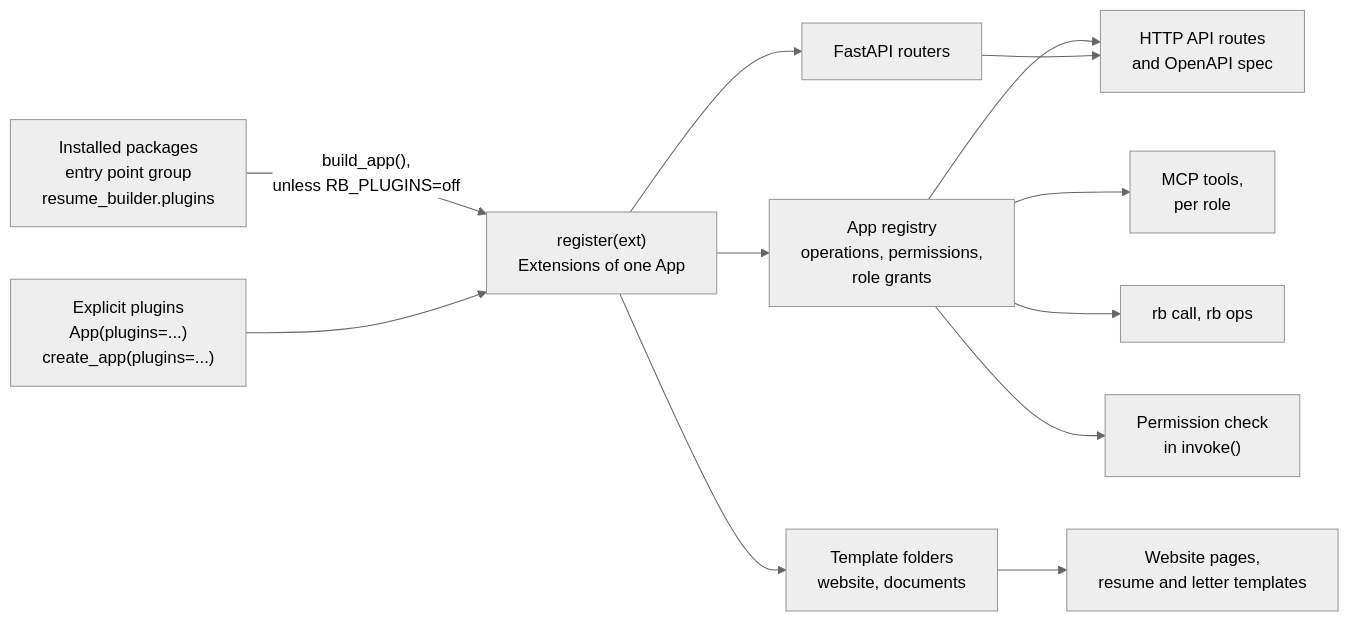
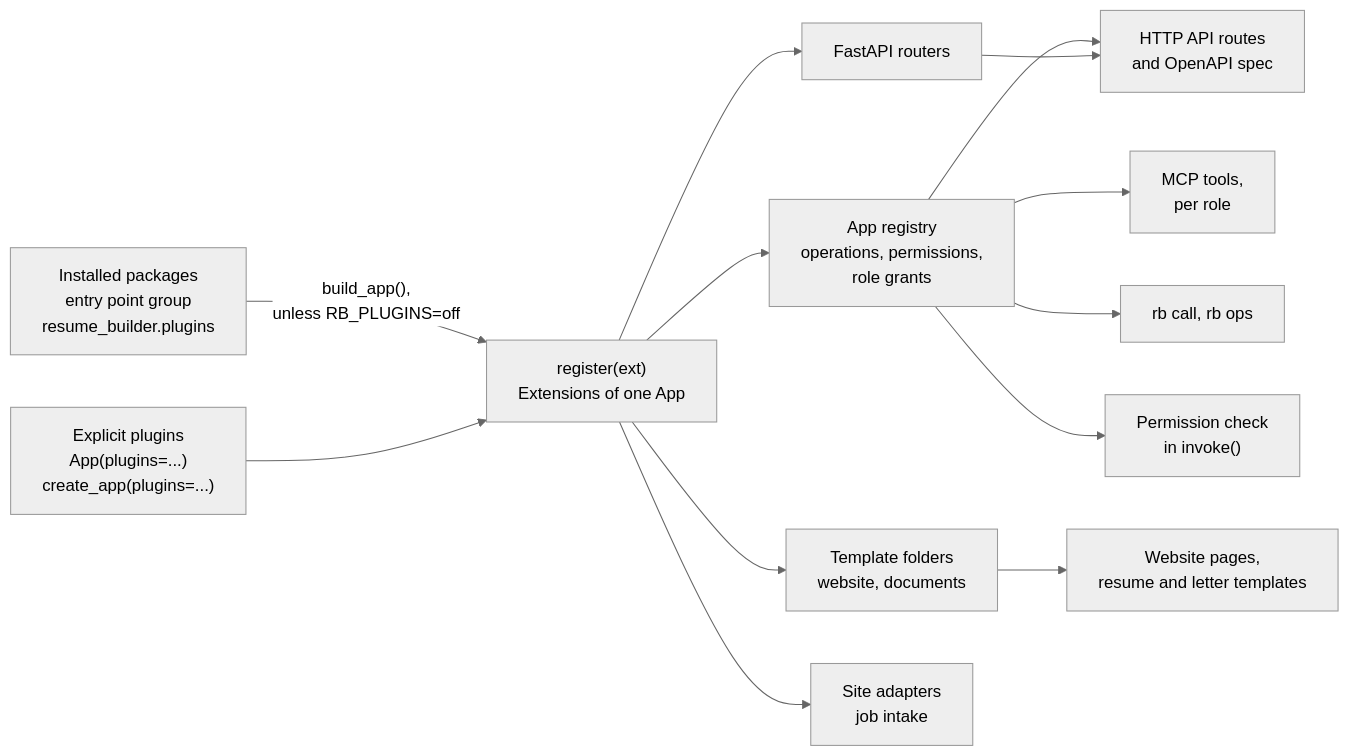
One commit to t3knoid/resume-builder changed the fourth of 4 diagrams in docs/ARCHITECTURE.md. Above: the diagram before and after it, drawn with Mermaid (neutral theme). The commit also changed other lines of this file and 7 other files, not shown here.

Commit message:
Implement issue 21 - Job intake: site adapter extension point

````diff
--- a/docs/ARCHITECTURE.md
+++ b/docs/ARCHITECTURE.md
@@ -228,15 +268,16 @@
 ```mermaid
 flowchart LR
     EP["Installed packages<br/>entry point group<br/>resume_builder.plugins"] -->|"build_app(),<br/>unless RB_PLUGINS=off"| EXT
     EX["Explicit plugins<br/>App(plugins=...)<br/>create_app(plugins=...)"] --> EXT
     EXT["register(ext)<br/>Extensions of one App"]
     EXT --> REG["App registry<br/>operations, permissions,<br/>role grants"]
     EXT --> RT["FastAPI routers"]
     EXT --> TD["Template folders<br/>website, documents"]
+    EXT --> SA["Site adapters<br/>job intake"]
     REG --> API["HTTP API routes<br/>and OpenAPI spec"]
     REG --> TOOLS["MCP tools,<br/>per role"]
     REG --> CMD["rb call, rb ops"]
     REG --> POL["Permission check<br/>in invoke()"]
     RT --> API
     TD --> PAGES["Website pages,<br/>resume and letter templates"]
 ```
````
